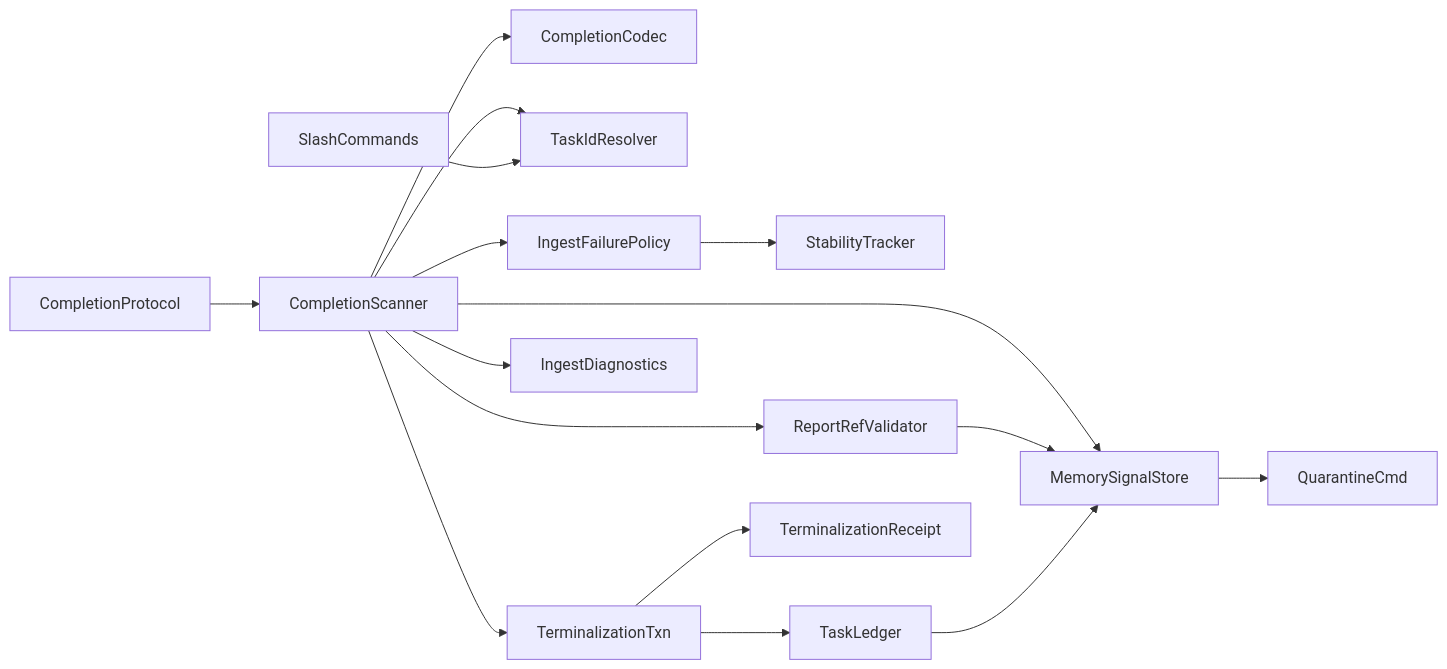
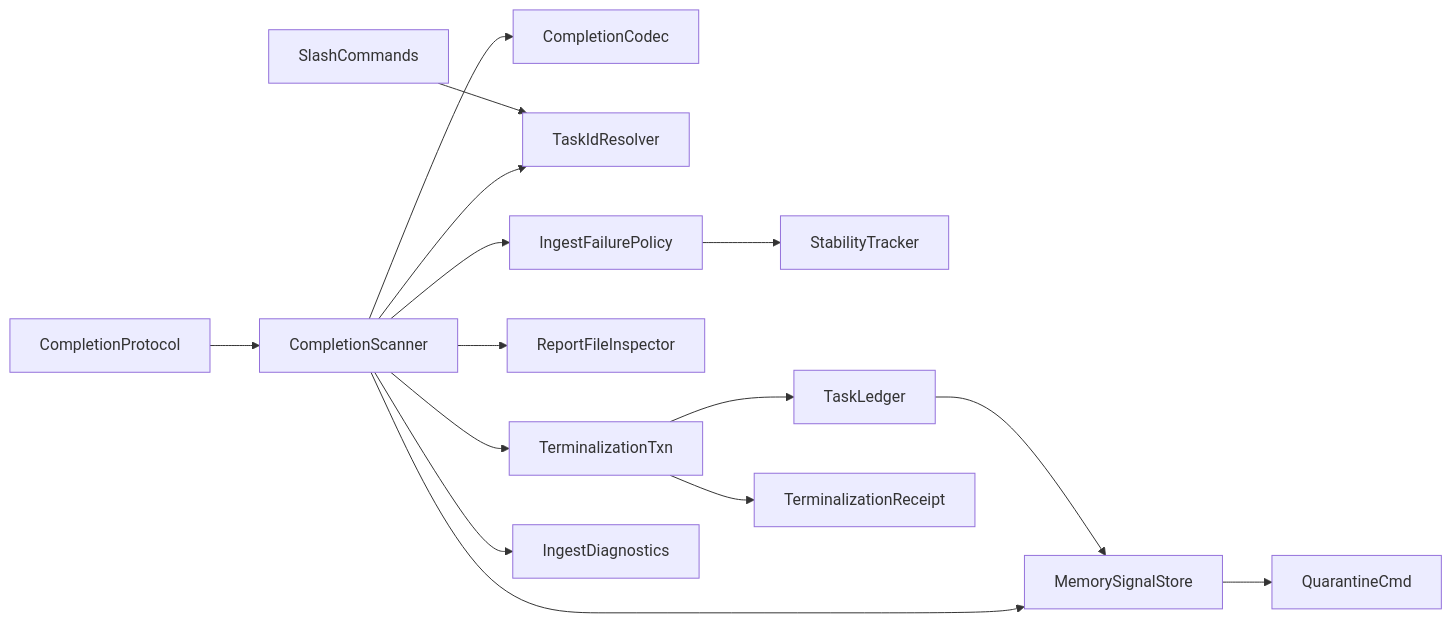
Before and after one commit to yes506/canvas-terminal: the diagram in ai-artifacts/runs/code/collab-signal-hardening-77064-88673-515/plan.mmd, drawn with Mermaid. The commit also changed 1 other file, not shown here.

Commit message:
docs(planner): rev-4 plan folding round-3 review (linearizable terminal-first txn + revision fence, inspect_report_file no-follow IPC, report_path never ok:false, pinned stability constants)

```diff
--- a/ai-artifacts/runs/code/collab-signal-hardening-77064-88673-515/plan.mmd
+++ b/ai-artifacts/runs/code/collab-signal-hardening-77064-88673-515/plan.mmd
@@ -1,30 +1,29 @@
 graph LR
   CompletionProtocol["CompletionProtocol"]
   CompletionScanner["CompletionScanner"]
   CompletionCodec["CompletionCodec"]
   TaskIdResolver["TaskIdResolver"]
   IngestFailurePolicy["IngestFailurePolicy"]
   StabilityTracker["StabilityTracker"]
-  ReportRefValidator["ReportRefValidator"]
+  ReportFileInspector["ReportFileInspector"]
   TerminalizationTxn["TerminalizationTxn"]
   TaskLedger["TaskLedger"]
   TerminalizationReceipt["TerminalizationReceipt"]
   MemorySignalStore["MemorySignalStore"]
   QuarantineCmd["QuarantineCmd"]
   IngestDiagnostics["IngestDiagnostics"]
   SlashCommands["SlashCommands"]
   CompletionProtocol --> CompletionScanner
   CompletionScanner --> MemorySignalStore
   CompletionScanner --> CompletionCodec
   CompletionScanner --> TaskIdResolver
   CompletionScanner --> IngestFailurePolicy
-  CompletionScanner --> ReportRefValidator
+  CompletionScanner --> ReportFileInspector
   CompletionScanner --> IngestDiagnostics
   CompletionScanner --> TerminalizationTxn
   IngestFailurePolicy --> StabilityTracker
-  ReportRefValidator --> MemorySignalStore
   TerminalizationTxn --> TaskLedger
   TerminalizationTxn --> TerminalizationReceipt
   TaskLedger --> MemorySignalStore
   MemorySignalStore --> QuarantineCmd
   SlashCommands --> TaskIdResolver
```
